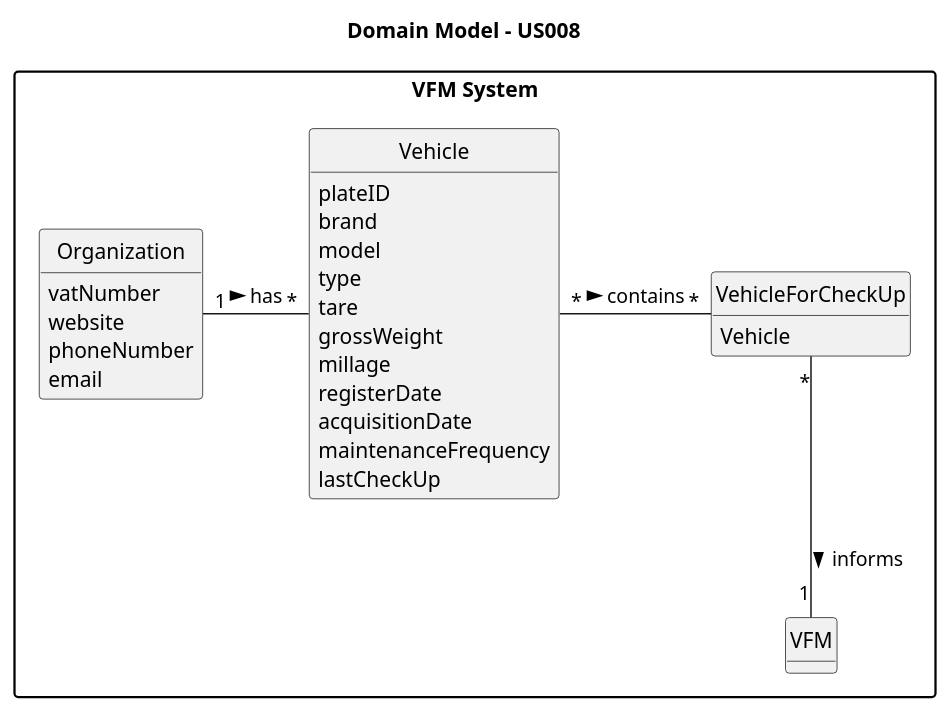
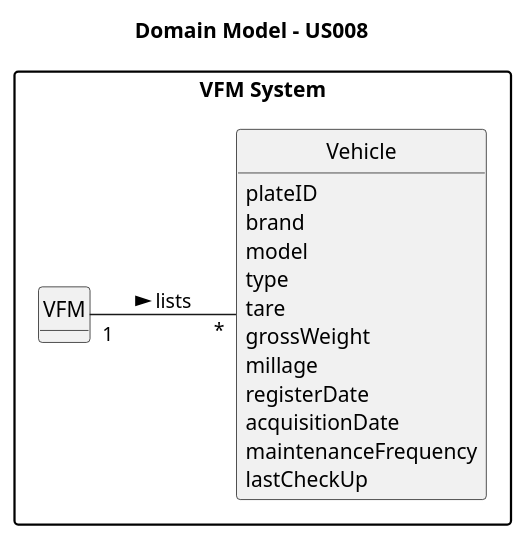
The diagram in docs/sprintB/us008/02.analysis/puml/us008-domain-model.puml (SAEmanuel/Green_Spaces_Management_ISEP), drawn with PlantUML before and after one commit. The commit also changed 3 other files, not shown here.

```diff
--- a/docs/sprintB/us008/02.analysis/puml/us008-domain-model.puml
+++ b/docs/sprintB/us008/02.analysis/puml/us008-domain-model.puml
@@ -1,54 +1,45 @@
 @startuml
 skinparam monochrome true
 skinparam packageStyle rectangle
 skinparam shadowing false
 
-'left to right direction
+left to right direction
 
 skinparam classAttributeIconSize 0
 
 hide circle
 hide methods
 package "VFM System" {
 
 title Domain Model - US008
 
-class VehicleForCheckUp {
-    Vehicle
-}
+
 
 class VFM {
 }
 
 class Vehicle {
          plateID
          brand
          model
          type
          tare
          grossWeight
          millage
          registerDate
          acquisitionDate
          maintenanceFrequency
          lastCheckUp
 }
 
-class Organization {
-vatNumber
-website
-phoneNumber
-email
-}
 
 
 
-Organization "1" - "*" Vehicle: has >
-Vehicle "*"- "*" VehicleForCheckUp: contains >
-VehicleForCheckUp "*" -- "1" VFM : informs >
+
+VFM "1" -- "*" Vehicle : lists >
 
 
 
 
 
 @enduml
```
